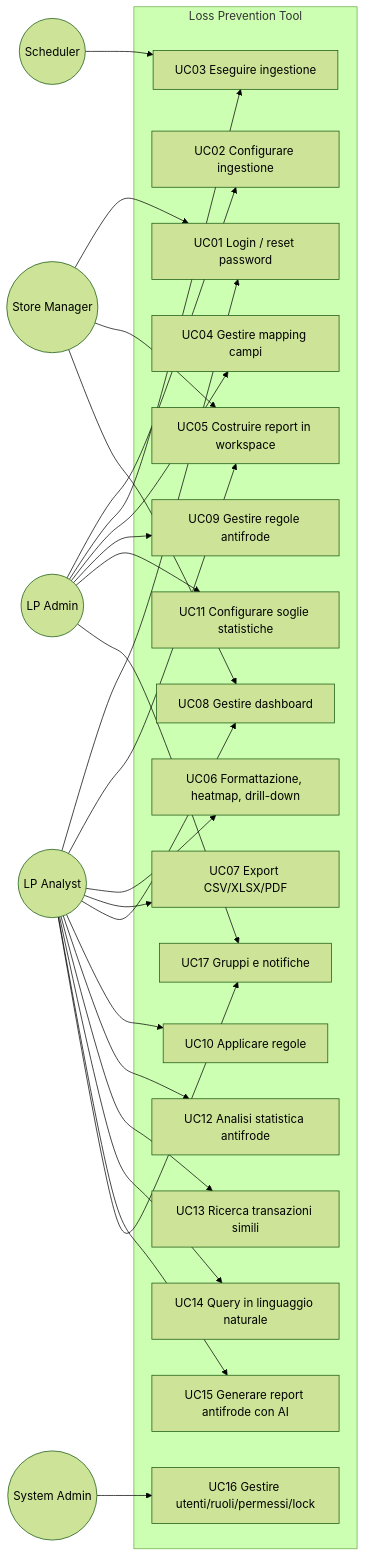
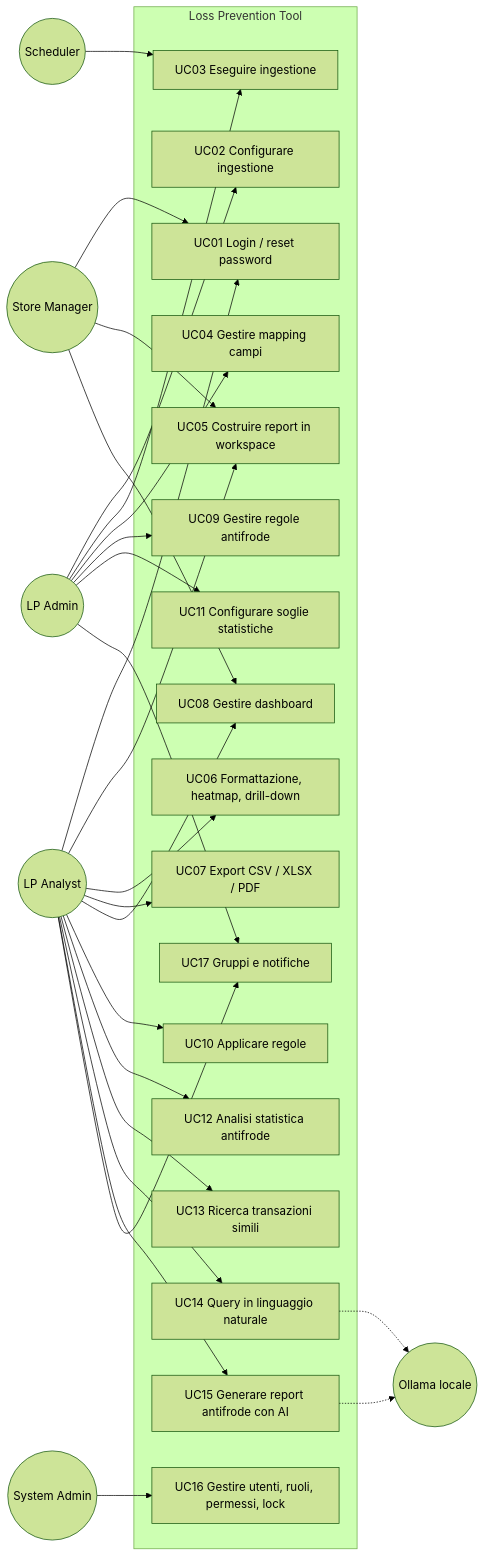
The first of 7 diagrams in customspa-it-loss-prevention-d098a8b97860/Docs/02_functional_overview.md (saristot/LOSS_PREVENTION), drawn with Mermaid (forest theme) before and after one commit. The commit also changed other lines of this file and 23 other files, not shown here.

````diff
--- a/customspa-it-loss-prevention-d098a8b97860/Docs/02_functional_overview.md
+++ b/customspa-it-loss-prevention-d098a8b97860/Docs/02_functional_overview.md
@@ -34,32 +79,35 @@
 ```mermaid
 flowchart LR
-  Analyst((LP Analyst))
-  Manager((Store Manager))
-  Admin((LP Admin))
-  SysAdm((System Admin))
-  Sched((Scheduler))
-  subgraph LPT[Loss Prevention Tool]
-    UC1[UC01 Login / reset password]
-    UC2[UC02 Configurare ingestione]
-    UC3[UC03 Eseguire ingestione]
-    UC4[UC04 Gestire mapping campi]
-    UC5[UC05 Costruire report in workspace]
-    UC6[UC06 Formattazione, heatmap, drill-down]
-    UC7[UC07 Export CSV/XLSX/PDF]
-    UC8[UC08 Gestire dashboard]
-    UC9[UC09 Gestire regole antifrode]
-    UC10[UC10 Applicare regole]
-    UC11[UC11 Configurare soglie statistiche]
-    UC12[UC12 Analisi statistica antifrode]
-    UC13[UC13 Ricerca transazioni simili]
-    UC14[UC14 Query in linguaggio naturale]
-    UC15[UC15 Generare report antifrode con AI]
-    UC16[UC16 Gestire utenti/ruoli/permessi/lock]
-    UC17[UC17 Gruppi e notifiche]
+  Analyst(("LP Analyst"))
+  Manager(("Store Manager"))
+  Admin(("LP Admin"))
+  SysAdm(("System Admin"))
+  Sched(("Scheduler"))
+  LLM(("Ollama locale"))
+  subgraph LPT["Loss Prevention Tool"]
+    UC1["UC01 Login / reset password"]
+    UC2["UC02 Configurare ingestione"]
+    UC3["UC03 Eseguire ingestione"]
+    UC4["UC04 Gestire mapping campi"]
+    UC5["UC05 Costruire report in workspace"]
+    UC6["UC06 Formattazione, heatmap, drill-down"]
+    UC7["UC07 Export CSV / XLSX / PDF"]
+    UC8["UC08 Gestire dashboard"]
+    UC9["UC09 Gestire regole antifrode"]
+    UC10["UC10 Applicare regole"]
+    UC11["UC11 Configurare soglie statistiche"]
+    UC12["UC12 Analisi statistica antifrode"]
+    UC13["UC13 Ricerca transazioni simili"]
+    UC14["UC14 Query in linguaggio naturale"]
+    UC15["UC15 Generare report antifrode con AI"]
+    UC16["UC16 Gestire utenti, ruoli, permessi, lock"]
+    UC17["UC17 Gruppi e notifiche"]
   end
   Analyst --> UC1 & UC5 & UC6 & UC7 & UC8 & UC10 & UC12 & UC13 & UC14 & UC15 & UC17
   Manager --> UC1 & UC5 & UC8
   Admin --> UC2 & UC3 & UC4 & UC9 & UC11 & UC17
   SysAdm --> UC16
   Sched --> UC3
+  UC14 -.-> LLM
+  UC15 -.-> LLM
 ```
````
